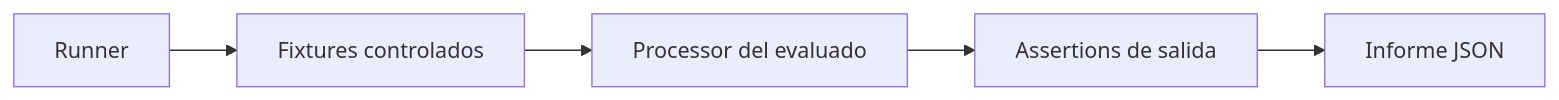
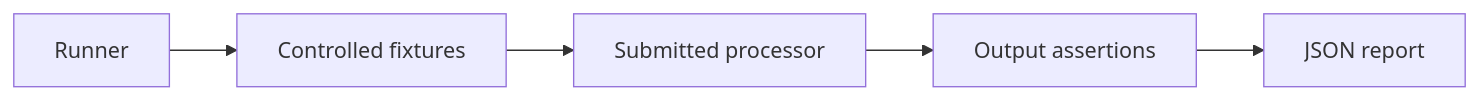
One commit to unai-ss/atlas-stream-processor-playground changed the diagram in projects/00-assessment/README.md. Above: the diagram before and after it, drawn with Mermaid. The commit also changed other lines of this file and 9 other files, not shown here.

````diff
--- a/projects/00-assessment/README.md
+++ b/projects/00-assessment/README.md
@@ -21,7 +20,7 @@
 ```mermaid
 flowchart LR
-    A[Runner] --> B[Fixtures controlados]
-    B --> C[Processor del evaluado]
-    C --> D[Assertions de salida]
-    D --> E[Informe JSON]
+    A[Runner] --> B[Controlled fixtures]
+    B --> C[Submitted processor]
+    C --> D[Output assertions]
+    D --> E[JSON report]
 ```
````
